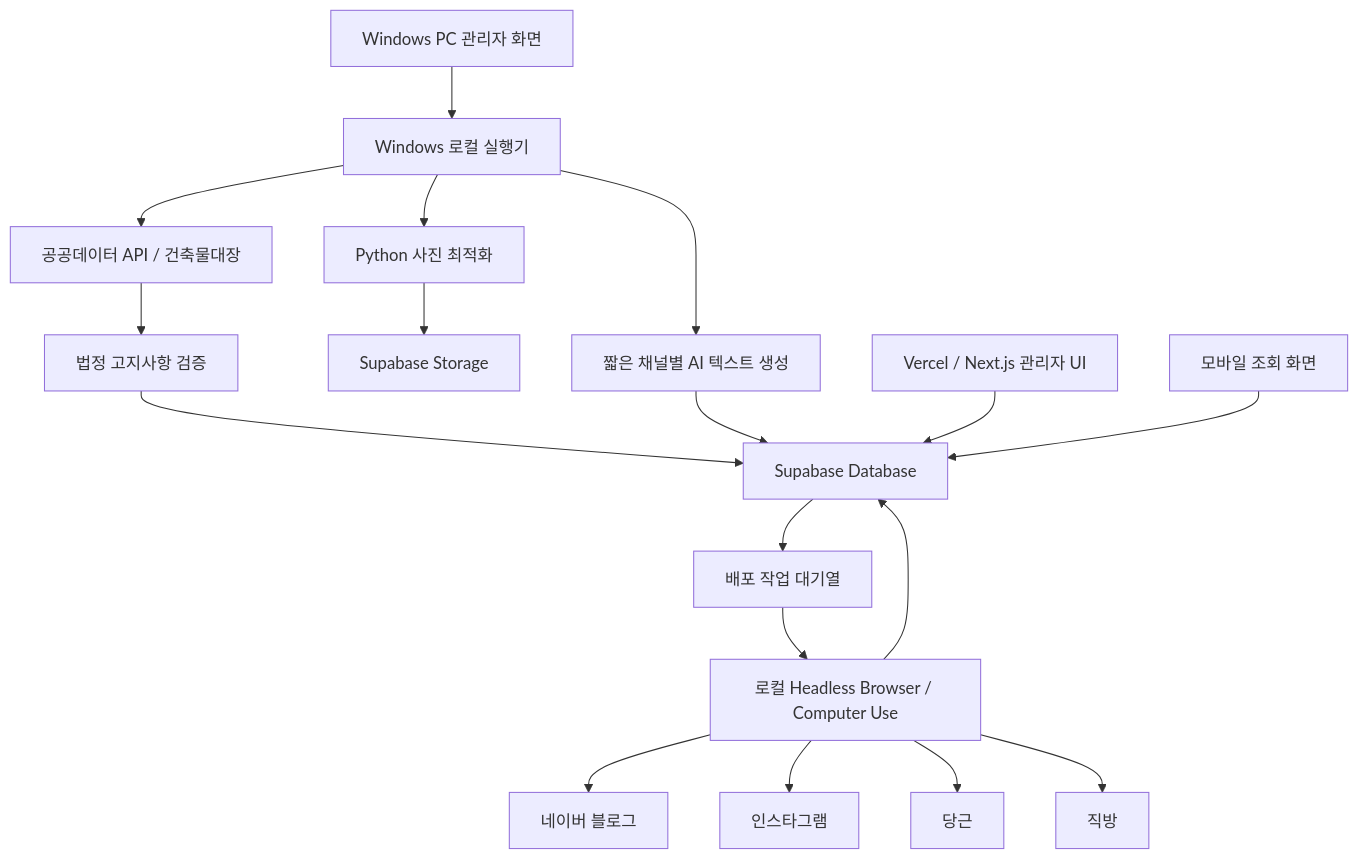
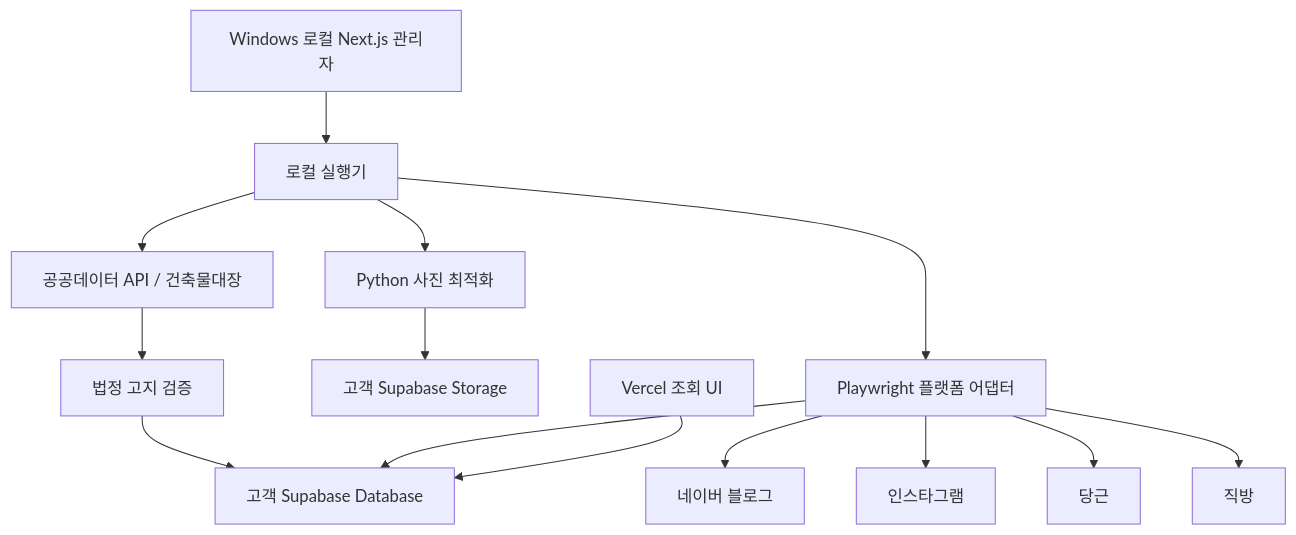
One commit to digiwood7/barjung changed the diagram in PRD.MD. Above: the diagram before and after it, drawn with Mermaid. The commit also changed other lines of this file and 1 other file, not shown here.

````diff
--- a/PRD.MD
+++ b/PRD.MD
@@ -81,20 +82,16 @@
 ```mermaid
 flowchart TD
-    A[Windows PC 관리자 화면] --> B[Windows 로컬 실행기]
+    A[Windows 로컬 Next.js 관리자] --> B[로컬 실행기]
     B --> C[Python 사진 최적화]
     B --> D[공공데이터 API / 건축물대장]
-    B --> E[짧은 채널별 AI 텍스트 생성]
-    C --> F[Supabase Storage]
-    D --> G[법정 고지사항 검증]
-    G --> H[Supabase Database]
+    B --> E[Playwright 플랫폼 어댑터]
+    C --> F[고객 Supabase Storage]
+    D --> G[법정 고지 검증]
+    G --> H[고객 Supabase Database]
+    E --> I[네이버 블로그]
+    E --> J[인스타그램]
+    E --> K[당근]
+    E --> L[직방]
     E --> H
-    H --> I[배포 작업 대기열]
-    I --> J[로컬 Headless Browser / Computer Use]
-    J --> K[네이버 블로그]
-    J --> L[인스타그램]
-    J --> M[당근]
-    J --> N[직방]
-    J --> H
-    O[Vercel / Next.js 관리자 UI] --> H
-    P[모바일 조회 화면] --> H
+    M[Vercel 조회 UI] --> H
 ```
````
